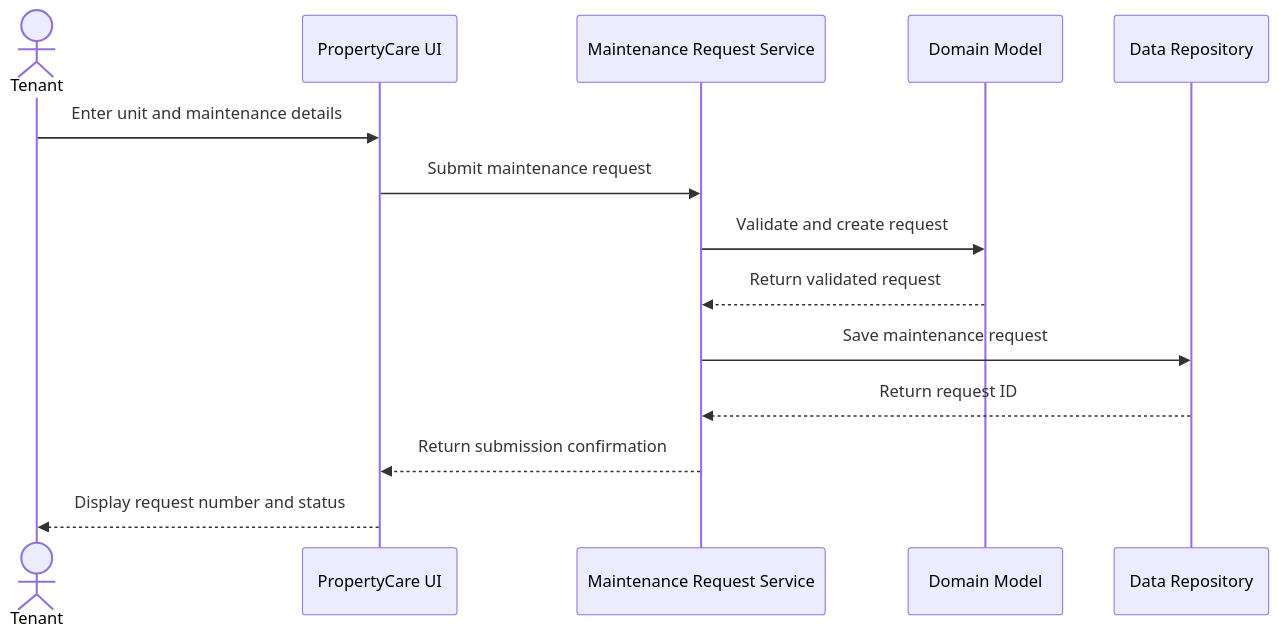
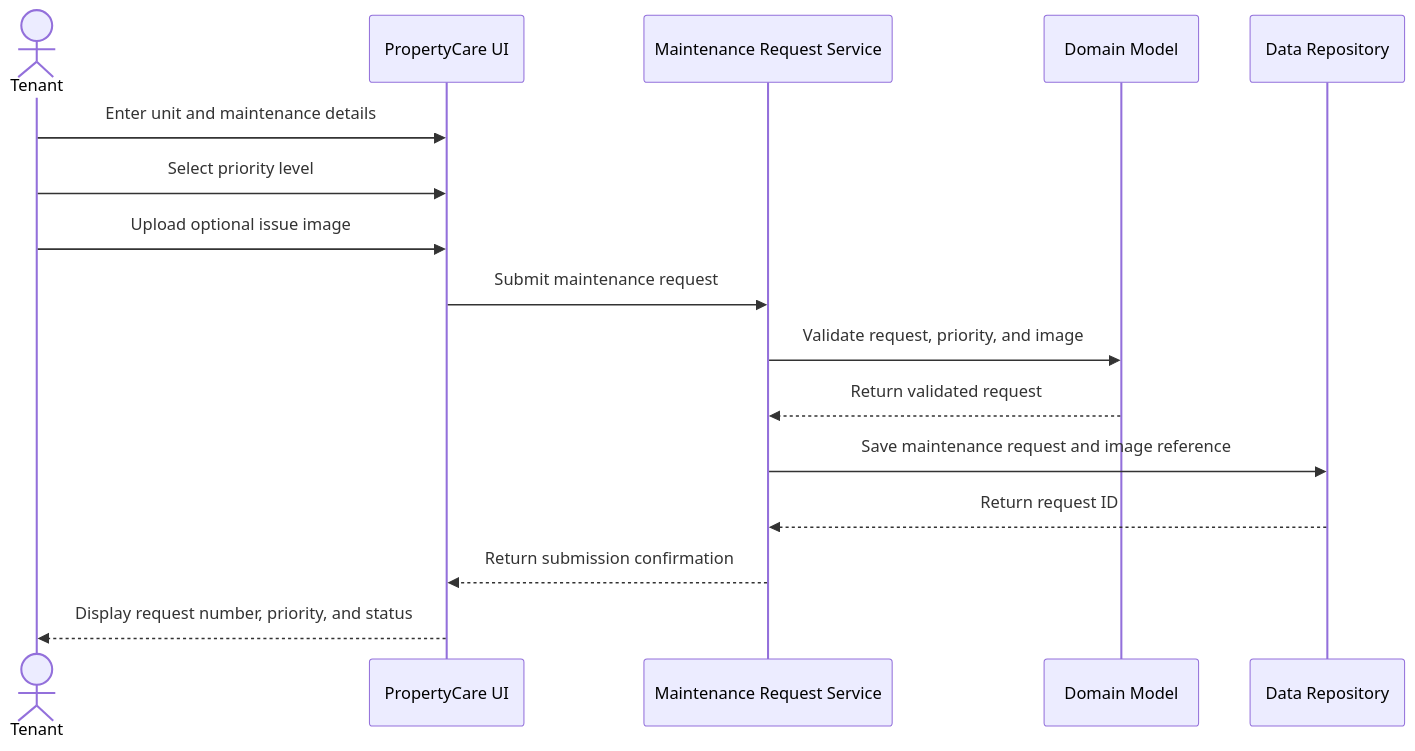
One commit to JaiKaushik03/cen5064-project-Jai changed the fourth of 4 diagrams in README.md. Above: the diagram before and after it, drawn with Mermaid. The commit also changed other lines of this file, not shown here.

Commit message:
L3 studio: request priorities + image upload

````diff
--- a/README.md
+++ b/README.md
@@ -129,21 +131,24 @@
 ```mermaid
 sequenceDiagram
 
     actor T as Tenant
     participant UI as PropertyCare UI
     participant S as Maintenance Request Service
     participant DM as Domain Model
     participant D as Data Repository
 
     T->>UI: Enter unit and maintenance details
+    T->>UI: Select priority level
+    T->>UI: Upload optional issue image
+
     UI->>S: Submit maintenance request
 
-    S->>DM: Validate and create request
+    S->>DM: Validate request, priority, and image
     DM-->>S: Return validated request
 
-    S->>D: Save maintenance request
+    S->>D: Save maintenance request and image reference
     D-->>S: Return request ID
 
     S-->>UI: Return submission confirmation
-    UI-->>T: Display request number and status
+    UI-->>T: Display request number, priority, and status
 ```
````
